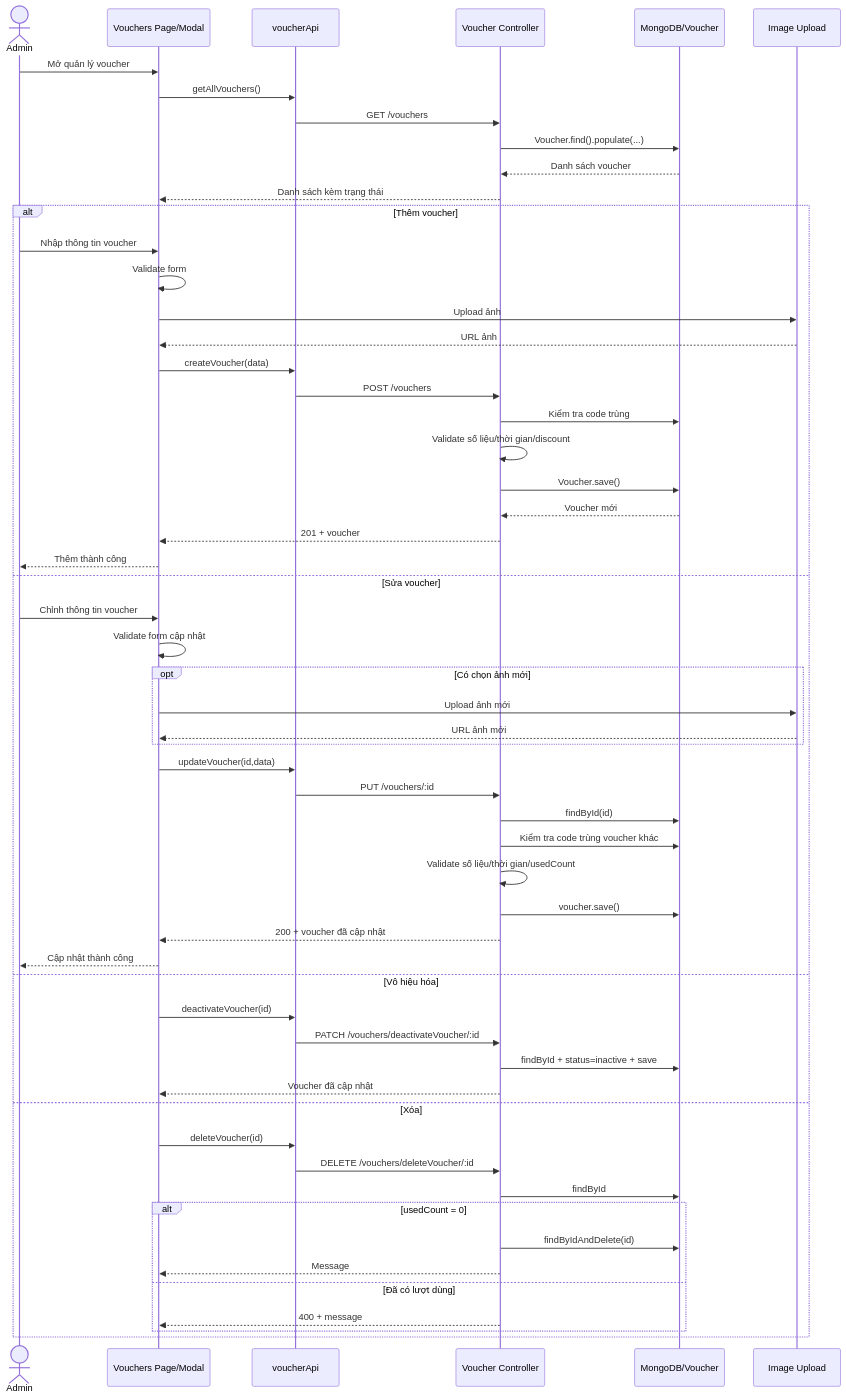
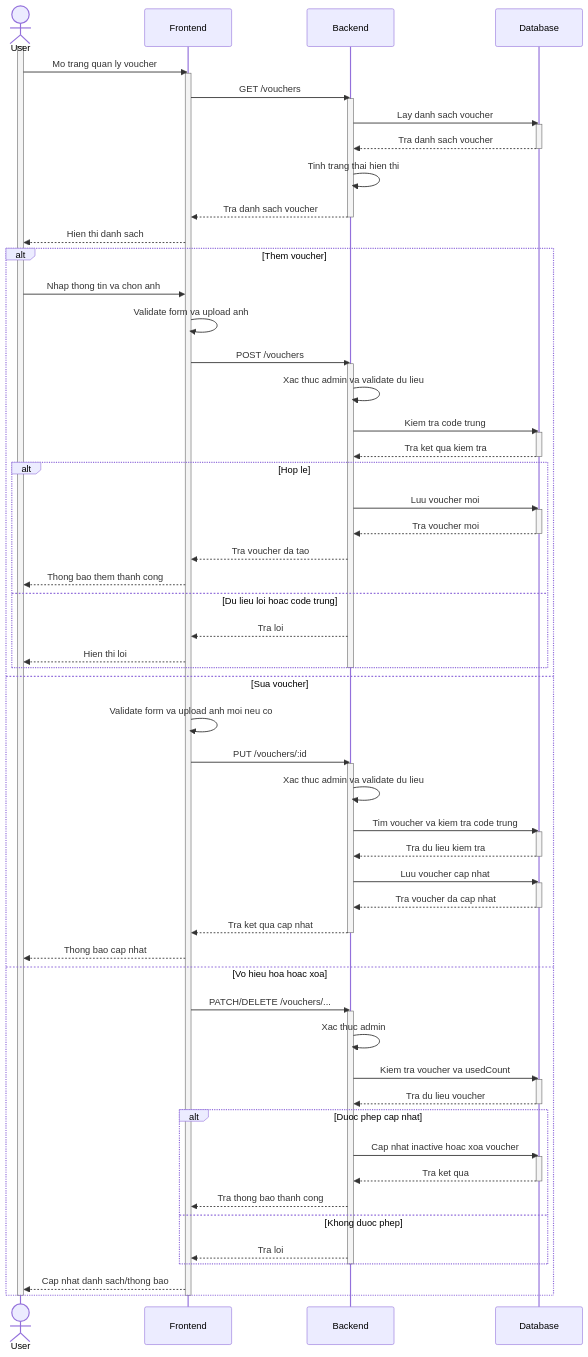
Before and after one commit to Pvmvn/BE-CDTN: diagram 19 of 48 in docs/usecase-dac-ta-chuc-nang-con-lai.md, drawn with Mermaid. The commit also changed other lines of this file and 32 other files, not shown here.

````diff
--- a/docs/usecase-dac-ta-chuc-nang-con-lai.md
+++ b/docs/usecase-dac-ta-chuc-nang-con-lai.md
@@ -436,59 +1617,82 @@
 ```mermaid
 sequenceDiagram
-  actor Admin as Admin
-  participant FE as Vouchers Page/Modal
-  participant API as voucherApi
-  participant Ctrl as Voucher Controller
-  participant DB as MongoDB/Voucher
-  participant Upload as Image Upload
-  Admin->>FE: Mở quản lý voucher
-  FE->>API: getAllVouchers()
-  API->>Ctrl: GET /vouchers
-  Ctrl->>DB: Voucher.find().populate(...)
-  DB-->>Ctrl: Danh sách voucher
-  Ctrl-->>FE: Danh sách kèm trạng thái
-  alt Thêm voucher
-    Admin->>FE: Nhập thông tin voucher
-    FE->>FE: Validate form
-    FE->>Upload: Upload ảnh
-    Upload-->>FE: URL ảnh
-    FE->>API: createVoucher(data)
-    API->>Ctrl: POST /vouchers
-    Ctrl->>DB: Kiểm tra code trùng
-    Ctrl->>Ctrl: Validate số liệu/thời gian/discount
-    Ctrl->>DB: Voucher.save()
-    DB-->>Ctrl: Voucher mới
-    Ctrl-->>FE: 201 + voucher
-    FE-->>Admin: Thêm thành công
-  else Sửa voucher
-    Admin->>FE: Chỉnh thông tin voucher
-    FE->>FE: Validate form cập nhật
-    opt Có chọn ảnh mới
-      FE->>Upload: Upload ảnh mới
-      Upload-->>FE: URL ảnh mới
+  actor User as User
+  participant FE as Frontend
+  participant BE as Backend
+  participant DB as Database
+
+  activate User
+  User->>FE: Mo trang quan ly voucher
+  activate FE
+  FE->>BE: GET /vouchers
+  activate BE
+  BE->>DB: Lay danh sach voucher
+  activate DB
+  DB-->>BE: Tra danh sach voucher
+  deactivate DB
+  BE->>BE: Tinh trang thai hien thi
+  BE-->>FE: Tra danh sach voucher
+  deactivate BE
+  FE-->>User: Hien thi danh sach
+
+  alt Them voucher
+    User->>FE: Nhap thong tin va chon anh
+    FE->>FE: Validate form va upload anh
+    FE->>BE: POST /vouchers
+    activate BE
+    BE->>BE: Xac thuc admin va validate du lieu
+    BE->>DB: Kiem tra code trung
+    activate DB
+    DB-->>BE: Tra ket qua kiem tra
+    deactivate DB
+    alt Hop le
+      BE->>DB: Luu voucher moi
+      activate DB
+      DB-->>BE: Tra voucher moi
+      deactivate DB
+      BE-->>FE: Tra voucher da tao
+      FE-->>User: Thong bao them thanh cong
+    else Du lieu loi hoac code trung
+      BE-->>FE: Tra loi
+      FE-->>User: Hien thi loi
     end
-    FE->>API: updateVoucher(id,data)
-    API->>Ctrl: PUT /vouchers/:id
-    Ctrl->>DB: findById(id)
-    Ctrl->>DB: Kiểm tra code trùng voucher khác
-    Ctrl->>Ctrl: Validate số liệu/thời gian/usedCount
-    Ctrl->>DB: voucher.save()
-    Ctrl-->>FE: 200 + voucher đã cập nhật
-    FE-->>Admin: Cập nhật thành công
-  else Vô hiệu hóa
-    FE->>API: deactivateVoucher(id)
-    API->>Ctrl: PATCH /vouchers/deactivateVoucher/:id
-    Ctrl->>DB: findById + status=inactive + save
-    Ctrl-->>FE: Voucher đã cập nhật
-  else Xóa
-    FE->>API: deleteVoucher(id)
-    API->>Ctrl: DELETE /vouchers/deleteVoucher/:id
-    Ctrl->>DB: findById
-    alt usedCount = 0
-      Ctrl->>DB: findByIdAndDelete(id)
-      Ctrl-->>FE: Message
-    else Đã có lượt dùng
-      Ctrl-->>FE: 400 + message
+    deactivate BE
+  else Sua voucher
+    FE->>FE: Validate form va upload anh moi neu co
+    FE->>BE: PUT /vouchers/:id
+    activate BE
+    BE->>BE: Xac thuc admin va validate du lieu
+    BE->>DB: Tim voucher va kiem tra code trung
+    activate DB
+    DB-->>BE: Tra du lieu kiem tra
+    deactivate DB
+    BE->>DB: Luu voucher cap nhat
+    activate DB
+    DB-->>BE: Tra voucher da cap nhat
+    deactivate DB
+    BE-->>FE: Tra ket qua cap nhat
+    deactivate BE
+    FE-->>User: Thong bao cap nhat
+  else Vo hieu hoa hoac xoa
+    FE->>BE: PATCH/DELETE /vouchers/...
+    activate BE
+    BE->>BE: Xac thuc admin
+    BE->>DB: Kiem tra voucher va usedCount
+    activate DB
+    DB-->>BE: Tra du lieu voucher
+    deactivate DB
+    alt Duoc phep cap nhat
+      BE->>DB: Cap nhat inactive hoac xoa voucher
+      activate DB
+      DB-->>BE: Tra ket qua
+      deactivate DB
+      BE-->>FE: Tra thong bao thanh cong
+    else Khong duoc phep
+      BE-->>FE: Tra loi
     end
+    deactivate BE
+    FE-->>User: Cap nhat danh sach/thong bao
   end
+  deactivate FE
+  deactivate User
 ```
````
